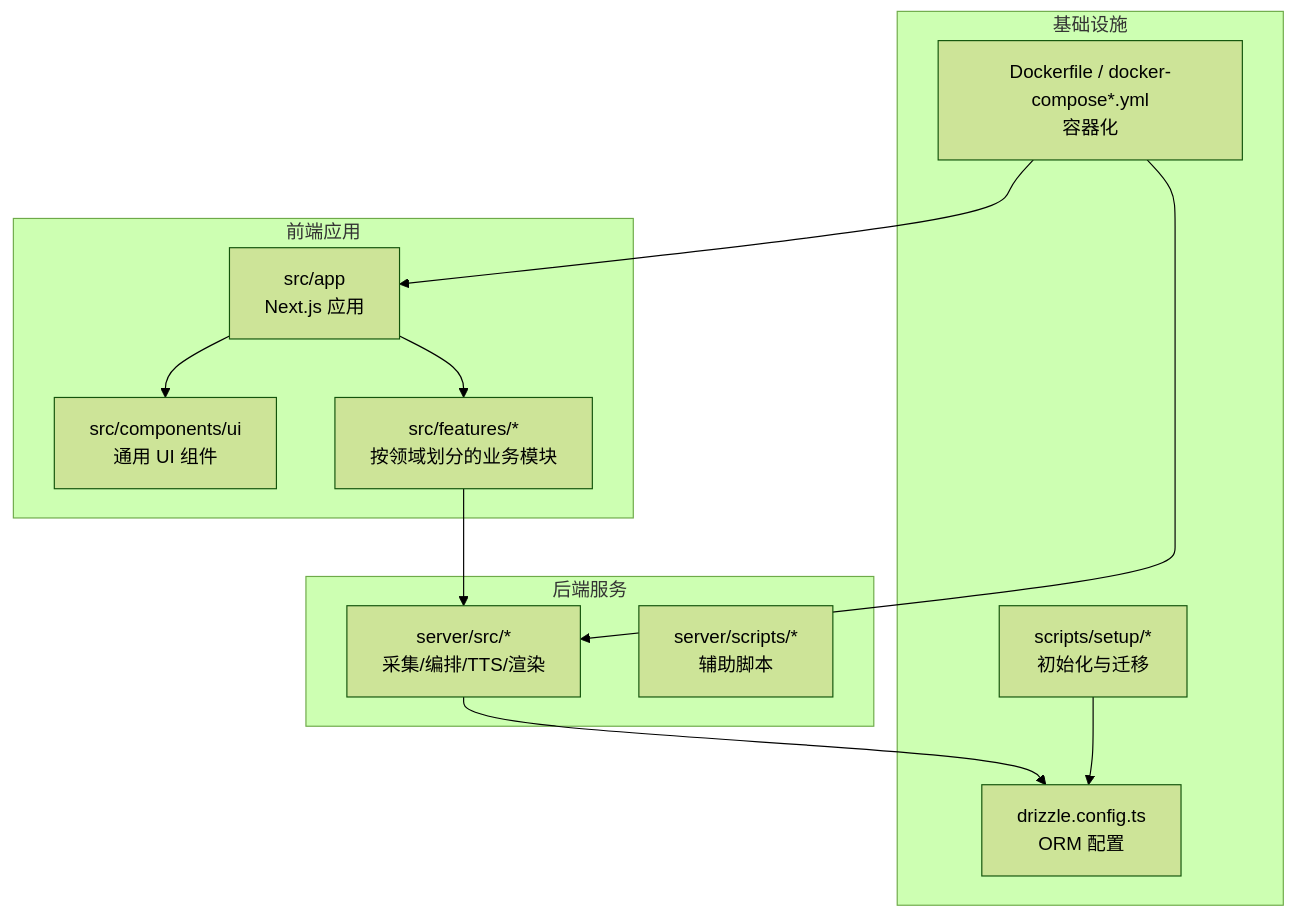
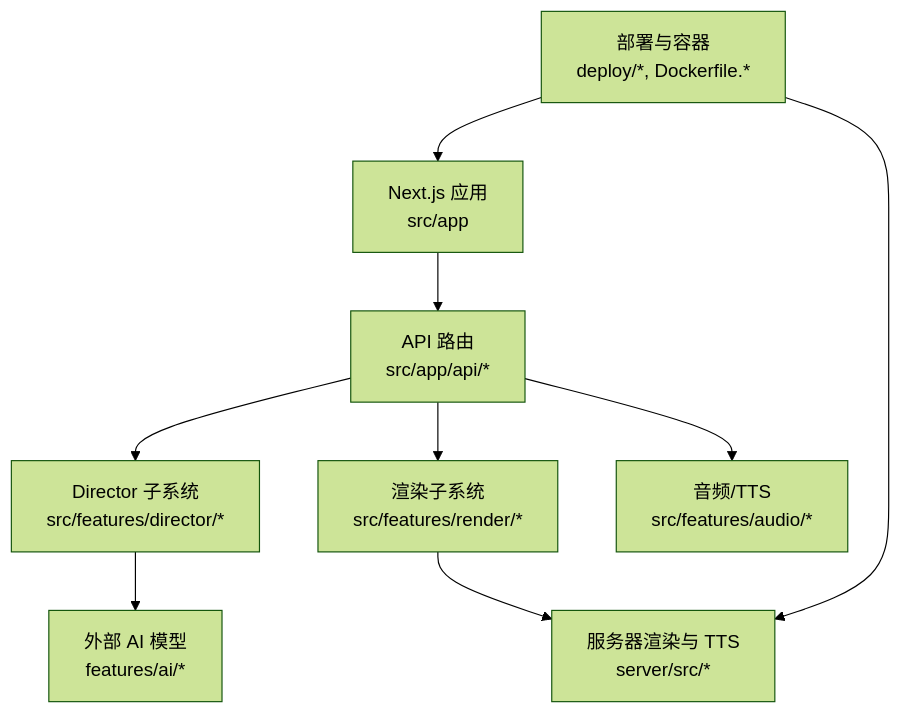
The first of 6 diagrams in .qoder/repowiki/zh/content/项目概述/项目概述.md (scottcwy/PurpleInk), drawn with Mermaid (forest theme) before and after one commit. The commit also changed other lines of this file and 872 other files, not shown here.

````diff
--- a/.qoder/repowiki/zh/content/项目概述/项目概述.md
+++ b/.qoder/repowiki/zh/content/项目概述/项目概述.md
@@ -50,24 +64,11 @@
 ```mermaid
 graph TB
-subgraph "前端应用"
-A["src/app<br/>Next.js 应用"]
-B["src/components/ui<br/>通用 UI 组件"]
-C["src/features/*<br/>按领域划分的业务模块"]
-end
-subgraph "后端服务"
-D["server/src/*<br/>采集/编排/TTS/渲染"]
-E["server/scripts/*<br/>辅助脚本"]
-end
-subgraph "基础设施"
-F["drizzle.config.ts<br/>ORM 配置"]
-G["Dockerfile / docker-compose*.yml<br/>容器化"]
-H["scripts/setup/*<br/>初始化与迁移"]
-end
-A --> C
-A --> B
-C --> D
-D --> F
-G --> A
-G --> D
-H --> F
+A["Next.js 应用<br/>src/app"] --> B["API 路由<br/>src/app/api/*"]
+B --> C["Director 子系统<br/>src/features/director/*"]
+B --> D["渲染子系统<br/>src/features/render/*"]
+B --> E["音频/TTS<br/>src/features/audio/*"]
+C --> F["外部 AI 模型<br/>features/ai/*"]
+D --> G["服务器渲染与 TTS<br/>server/src/*"]
+H["部署与容器<br/>deploy/*, Dockerfile.*"] --> A
+H --> G
 ```
````
